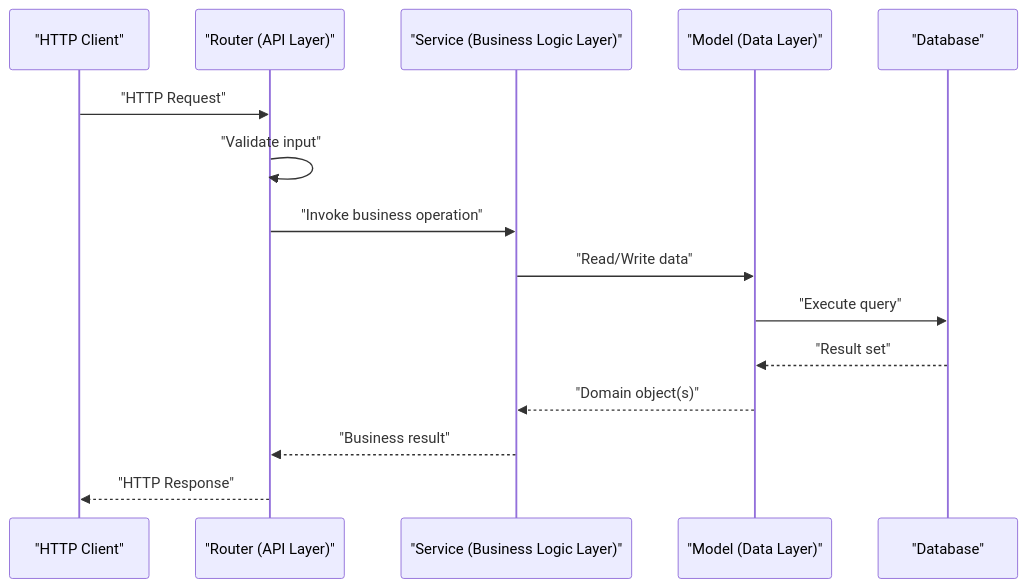
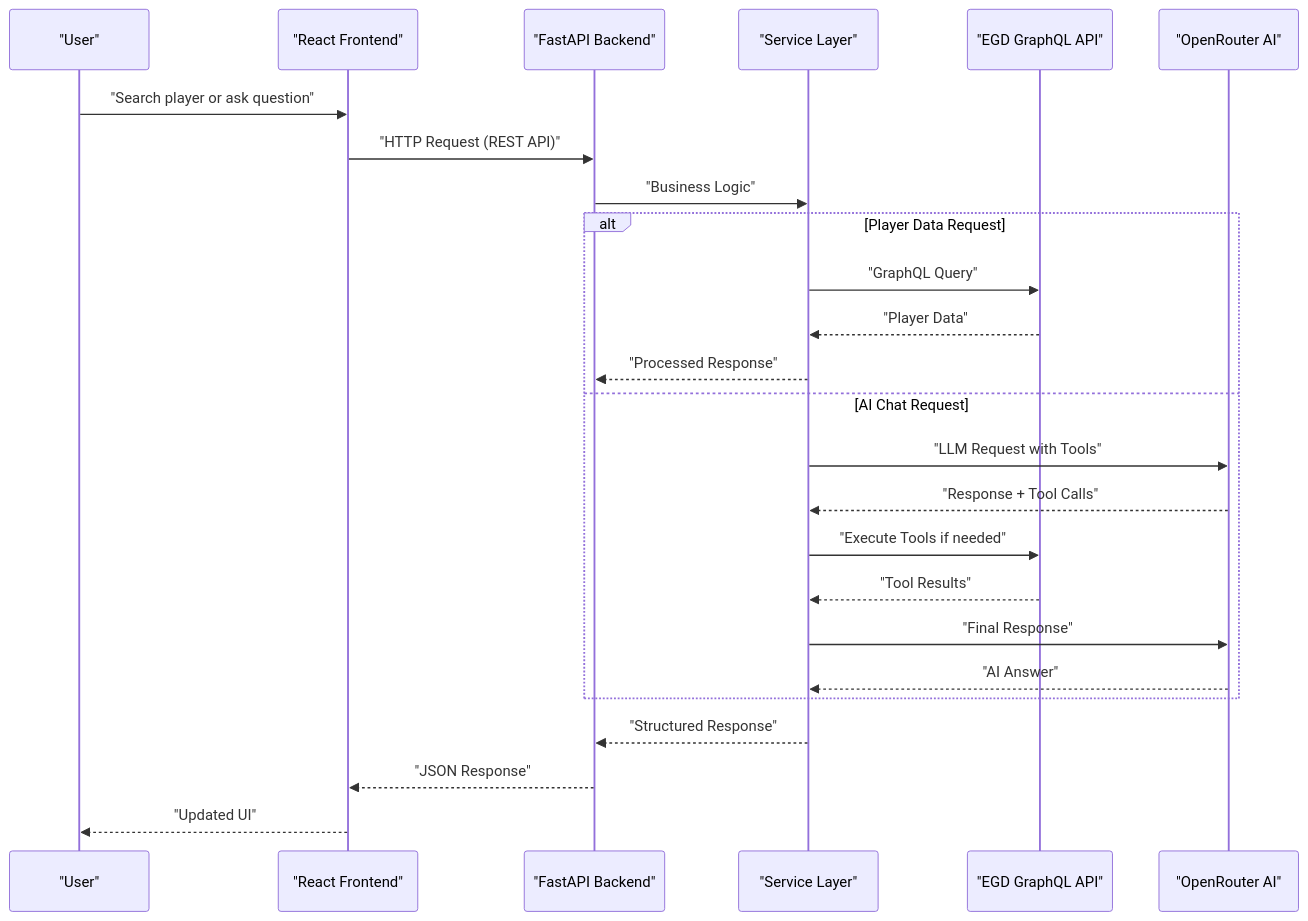
One commit to Ragnar1999/GoNow changed the second of 8 diagrams in .qoder/repowiki/en/content/Architecture Guide/Architecture Guide.md. Above: the diagram before and after it, drawn with Mermaid. The commit also changed other lines of this file and 6 other files, not shown here.

````diff
--- a/.qoder/repowiki/en/content/Architecture Guide/Architecture Guide.md
+++ b/.qoder/repowiki/en/content/Architecture Guide/Architecture Guide.md
@@ -78,17 +116,27 @@
 ```mermaid
 sequenceDiagram
-participant Client as "HTTP Client"
-participant Router as "Router (API Layer)"
-participant Service as "Service (Business Logic Layer)"
-participant Model as "Model (Data Layer)"
-participant DB as "Database"
-Client->>Router : "HTTP Request"
-Router->>Router : "Validate input"
-Router->>Service : "Invoke business operation"
-Service->>Model : "Read/Write data"
-Model->>DB : "Execute query"
-DB-->>Model : "Result set"
-Model-->>Service : "Domain object(s)"
-Service-->>Router : "Business result"
-Router-->>Client : "HTTP Response"
+participant User as "User"
+participant React as "React Frontend"
+participant FastAPI as "FastAPI Backend"
+participant Service as "Service Layer"
+participant EGD as "EGD GraphQL API"
+participant AI as "OpenRouter AI"
+User->>React : "Search player or ask question"
+React->>FastAPI : "HTTP Request (REST API)"
+FastAPI->>Service : "Business Logic"
+alt Player Data Request
+Service->>EGD : "GraphQL Query"
+EGD-->>Service : "Player Data"
+Service-->>FastAPI : "Processed Response"
+else AI Chat Request
+Service->>AI : "LLM Request with Tools"
+AI-->>Service : "Response + Tool Calls"
+Service->>EGD : "Execute Tools if needed"
+EGD-->>Service : "Tool Results"
+Service->>AI : "Final Response"
+AI-->>Service : "AI Answer"
+end
+Service-->>FastAPI : "Structured Response"
+FastAPI-->>React : "JSON Response"
+React-->>User : "Updated UI"
 ```
````
